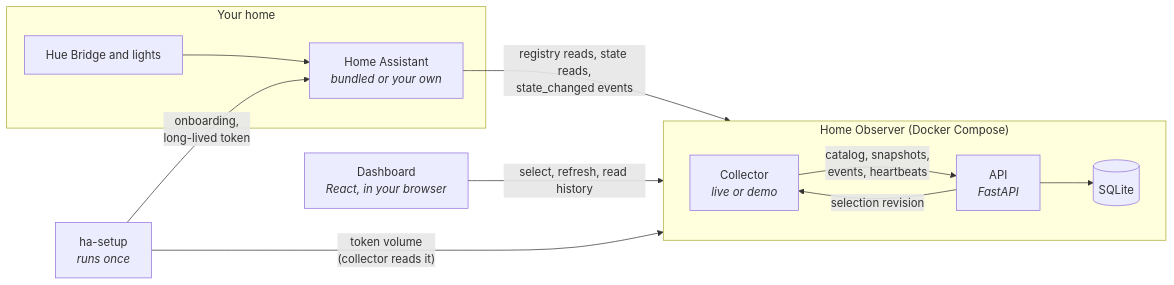
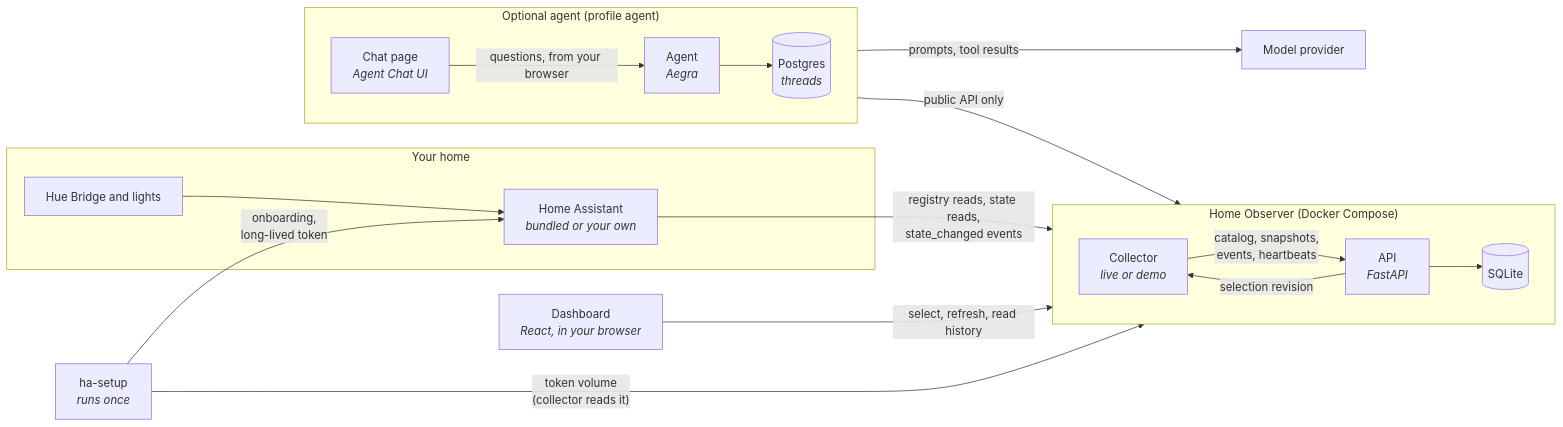
Before and after one commit to alitaghub/home-keeper: the first of 2 diagrams in docs/architecture.md, drawn with Mermaid. The commit also changed other lines of this file and 43 other files, not shown here.

First line of the commit message:
feat: report light usage and chat with an agent about it (#7)

````diff
--- a/docs/architecture.md
+++ b/docs/architecture.md
@@ -8,24 +10,36 @@
 ```mermaid
 flowchart LR
     subgraph home["Your home"]
         hue["Hue Bridge and lights"]
         ha["Home Assistant<br/><i>bundled or your own</i>"]
         hue --> ha
     end
 
     setup["ha-setup<br/><i>runs once</i>"] -- "onboarding,<br/>long-lived token" --> ha
     setup -- "token volume<br/>(collector reads it)" --> collector
 
     subgraph observer["Home Observer (Docker Compose)"]
         direction LR
         collector["Collector<br/><i>live or demo</i>"]
         api["API<br/><i>FastAPI</i>"]
         db[("SQLite")]
         collector -- "catalog, snapshots,<br/>events, heartbeats" --> api
         api -- "selection revision" --> collector
         api --> db
     end
 
     ha -- "registry reads, state reads,<br/>state_changed events" --> collector
     browser["Dashboard<br/><i>React, in your browser</i>"] -- "select, refresh, read history" --> api
+
+    subgraph agentprofile["Optional agent (profile agent)"]
+        direction LR
+        chat["Chat page<br/><i>Agent Chat UI</i>"]
+        agent["Agent<br/><i>Aegra</i>"]
+        pg[("Postgres<br/><i>threads</i>")]
+        agent --> pg
+    end
+
+    chat -- "questions, from your browser" --> agent
+    agent -- "public API only" --> api
+    agent -- "prompts, tool results" --> model["Model provider"]
 ```
````
